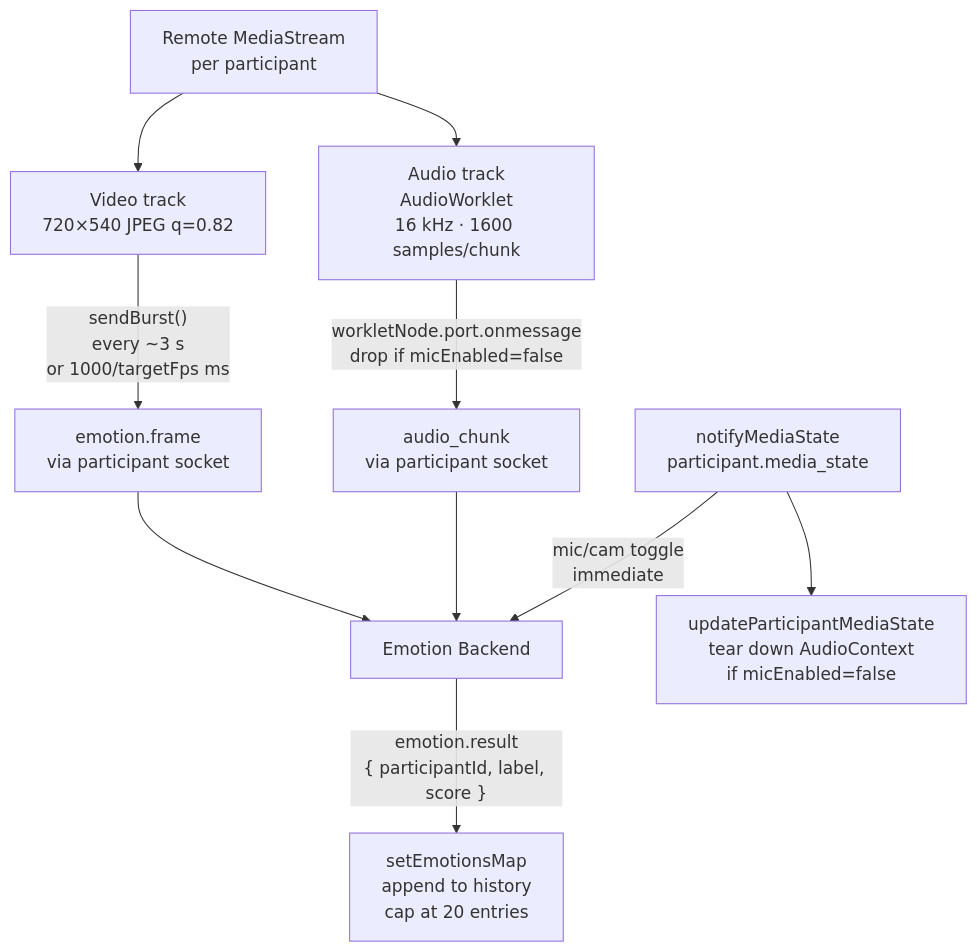
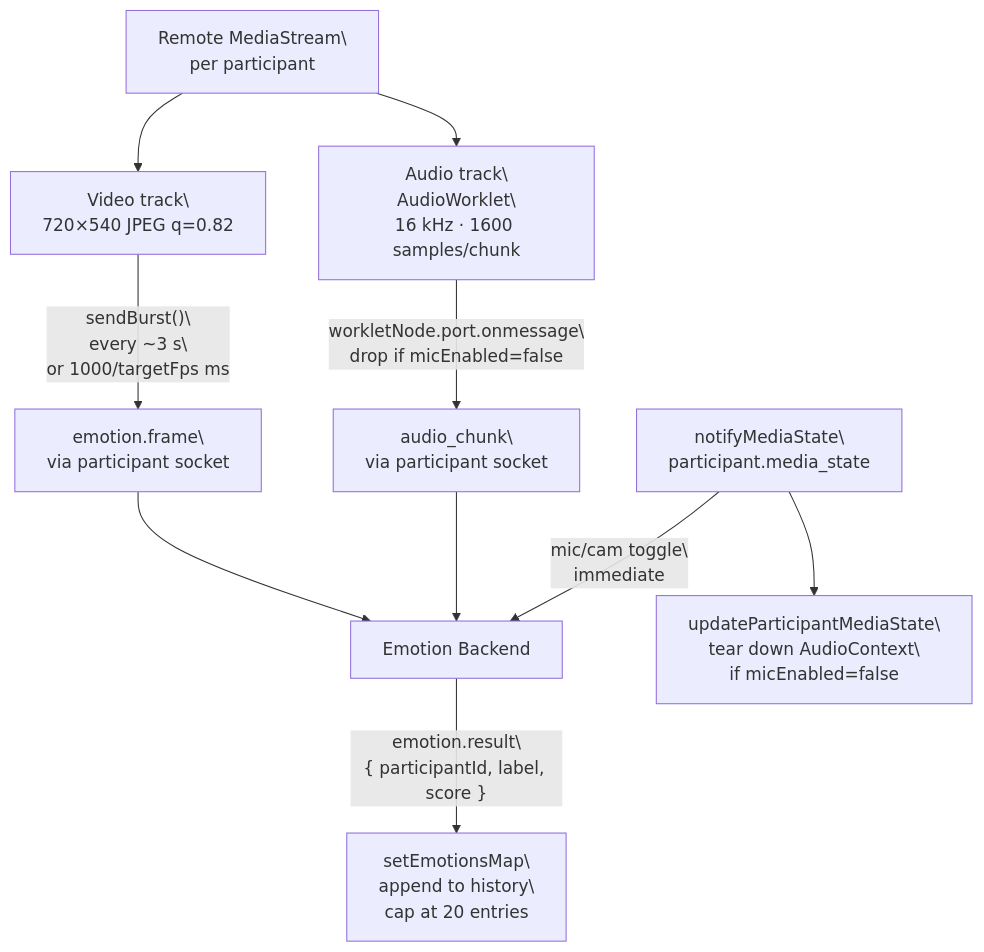
Before and after one commit to AnupamKumar-1/Hoovik: the third of 5 diagrams in docs/frontend.md, drawn with Mermaid. The commit also changed other lines of this file and 1 other file, not shown here.

Commit message:
docs: update backend.md and frontend.md for emotion-aware AI summary pipeline and host role verification

````diff
--- a/docs/frontend.md
+++ b/docs/frontend.md
@@ -99,16 +99,16 @@
 ```mermaid
 flowchart TD
-    RS[Remote MediaStream\nper participant] --> VC[Video track\n720×540 JPEG q=0.82]
-    RS --> AC[Audio track\nAudioWorklet\n16 kHz · 1600 samples/chunk]
+    RS[Remote MediaStream\\nper participant] --> VC[Video track\\n720×540 JPEG q=0.82]
+    RS --> AC[Audio track\\nAudioWorklet\\n16 kHz · 1600 samples/chunk]
 
-    VC -- "sendBurst()\nevery ~3 s\nor 1000/targetFps ms" --> FF[emotion.frame\nvia participant socket]
-    AC -- "workletNode.port.onmessage\ndrop if micEnabled=false" --> AF[audio_chunk\nvia participant socket]
+    VC -- "sendBurst()\\nevery ~3 s\\nor 1000/targetFps ms" --> FF[emotion.frame\\nvia participant socket]
+    AC -- "workletNode.port.onmessage\\ndrop if micEnabled=false" --> AF[audio_chunk\\nvia participant socket]
 
     FF --> EB[Emotion Backend]
     AF --> EB
 
-    EB -- "emotion.result\n{ participantId, label, score }" --> EM[setEmotionsMap\nappend to history\ncap at 20 entries]
+    EB -- "emotion.result\\n{ participantId, label, score }" --> EM[setEmotionsMap\\nappend to history\\ncap at 20 entries]
 
-    MS[notifyMediaState\nparticipant.media_state] -- "mic/cam toggle\nimmediate" --> EB
-    MS --> UPM[updateParticipantMediaState\ntear down AudioContext\nif micEnabled=false]
+    MS[notifyMediaState\\nparticipant.media_state] -- "mic/cam toggle\\nimmediate" --> EB
+    MS --> UPM[updateParticipantMediaState\\ntear down AudioContext\\nif micEnabled=false]
 ```
````
